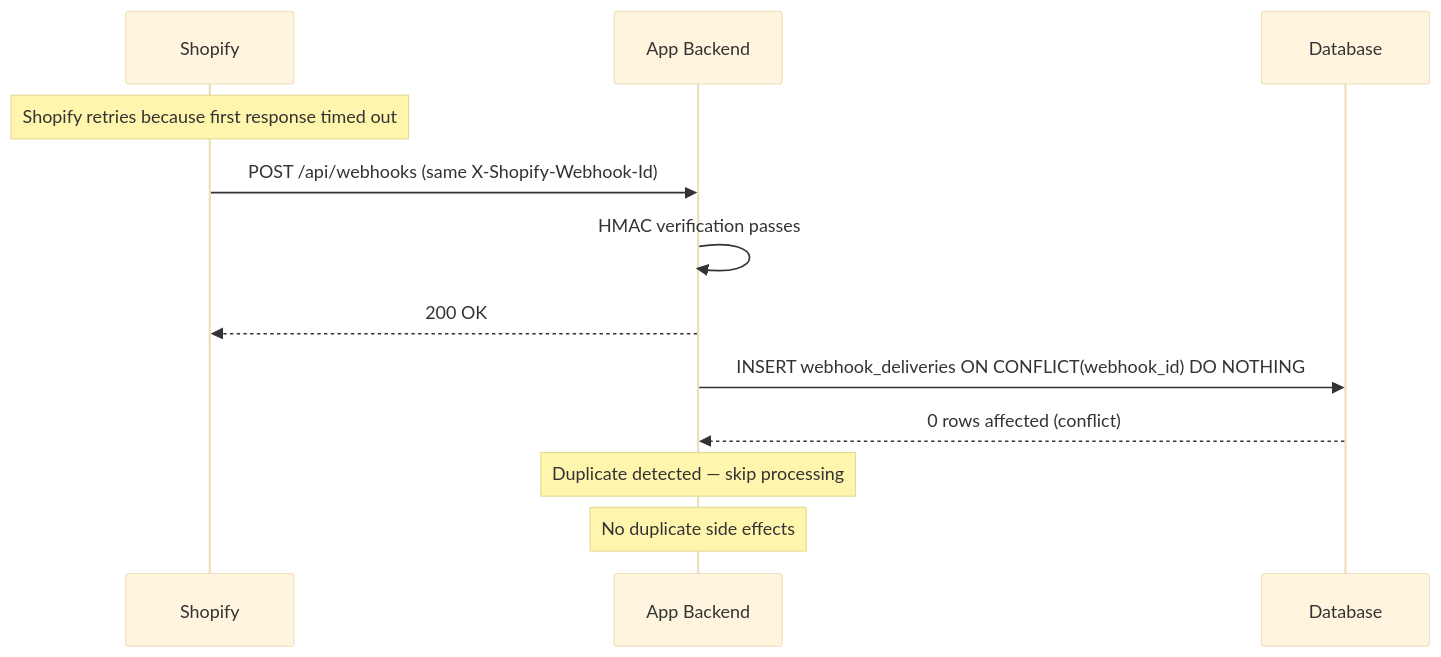
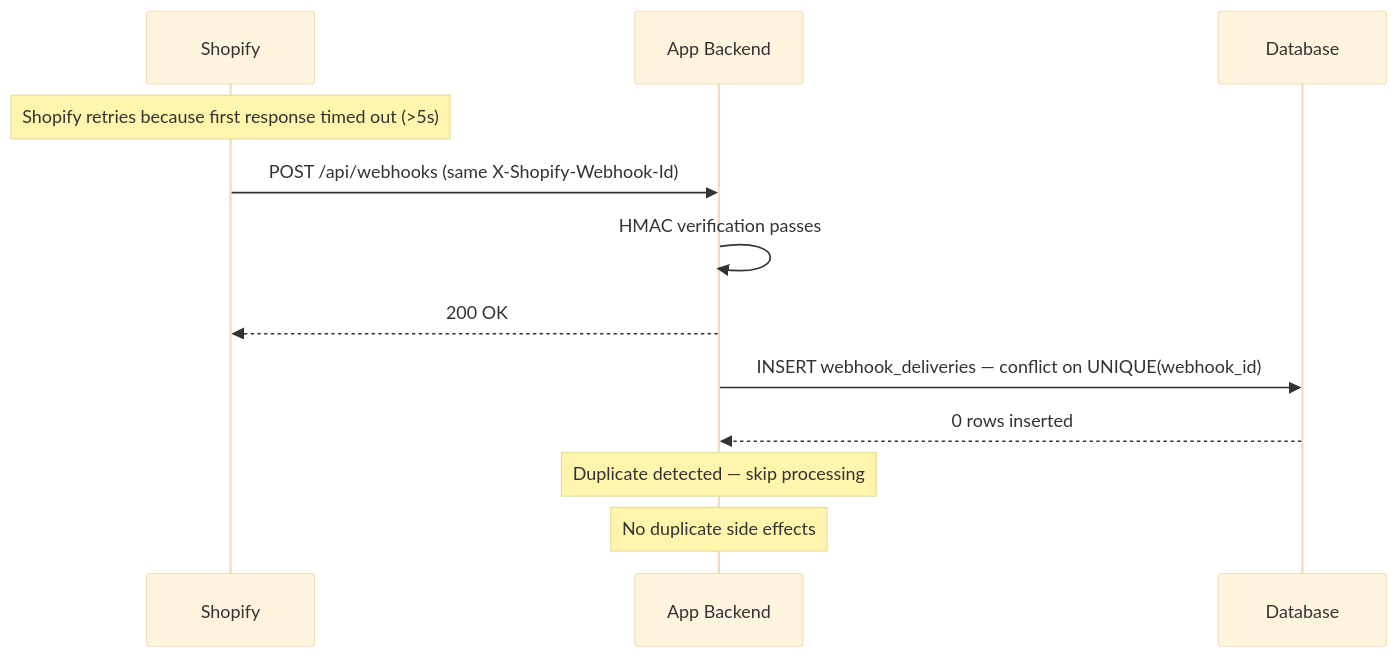
One commit to nguyenvanduocit/primitive-blocks-specs changed the fifth of 5 diagrams in webhooks/shopify-webhooks/README.md. Above: the diagram before and after it, drawn with Mermaid (base theme). The commit also changed other lines of this file and 28 other files, not shown here.

````diff
--- a/webhooks/shopify-webhooks/README.md
+++ b/webhooks/shopify-webhooks/README.md
@@ -237,15 +246,15 @@
 ```mermaid
 sequenceDiagram
     participant S as Shopify
     participant A as App Backend
     participant DB as Database
 
-    Note over S: Shopify retries because first response timed out
+    Note over S: Shopify retries because first response timed out (>5s)
     S->>A: POST /api/webhooks (same X-Shopify-Webhook-Id)
     A->>A: HMAC verification passes
     A-->>S: 200 OK
-    A->>DB: INSERT webhook_deliveries ON CONFLICT(webhook_id) DO NOTHING
-    DB-->>A: 0 rows affected (conflict)
+    A->>DB: INSERT webhook_deliveries — conflict on UNIQUE(webhook_id)
+    DB-->>A: 0 rows inserted
     Note over A: Duplicate detected — skip processing
     Note over A: No duplicate side effects
 ```
````
